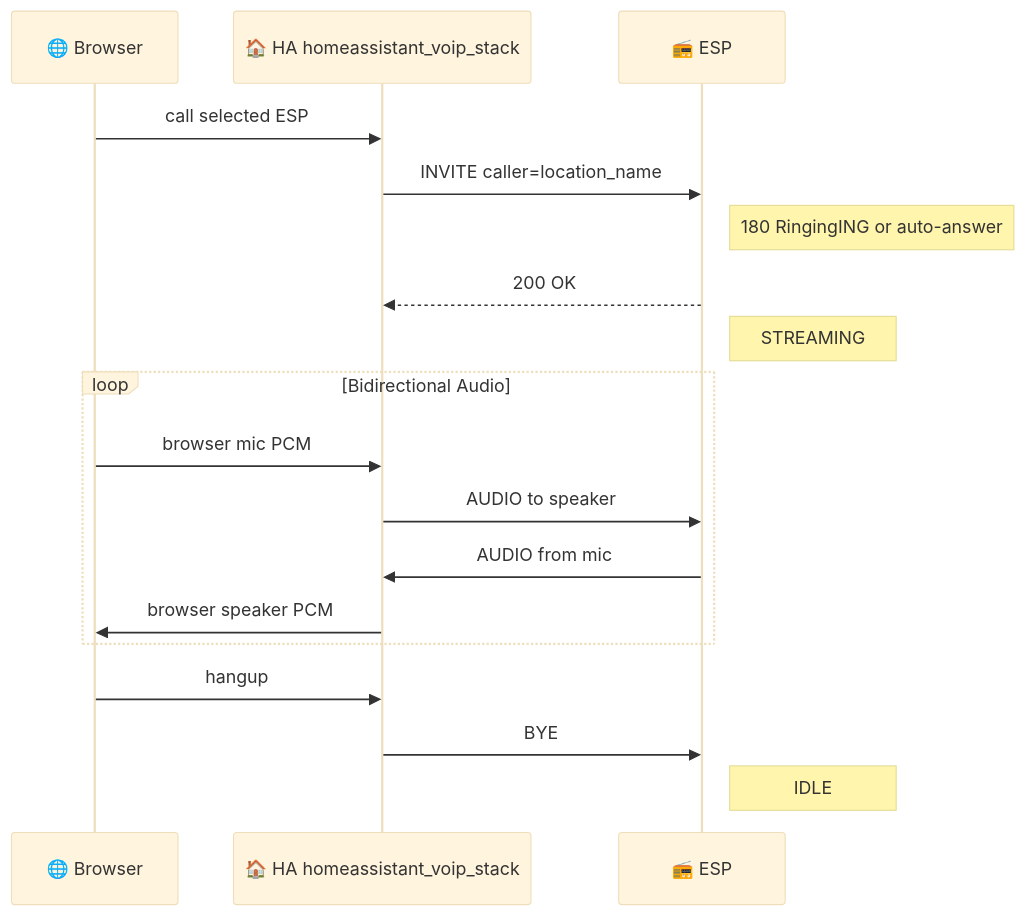
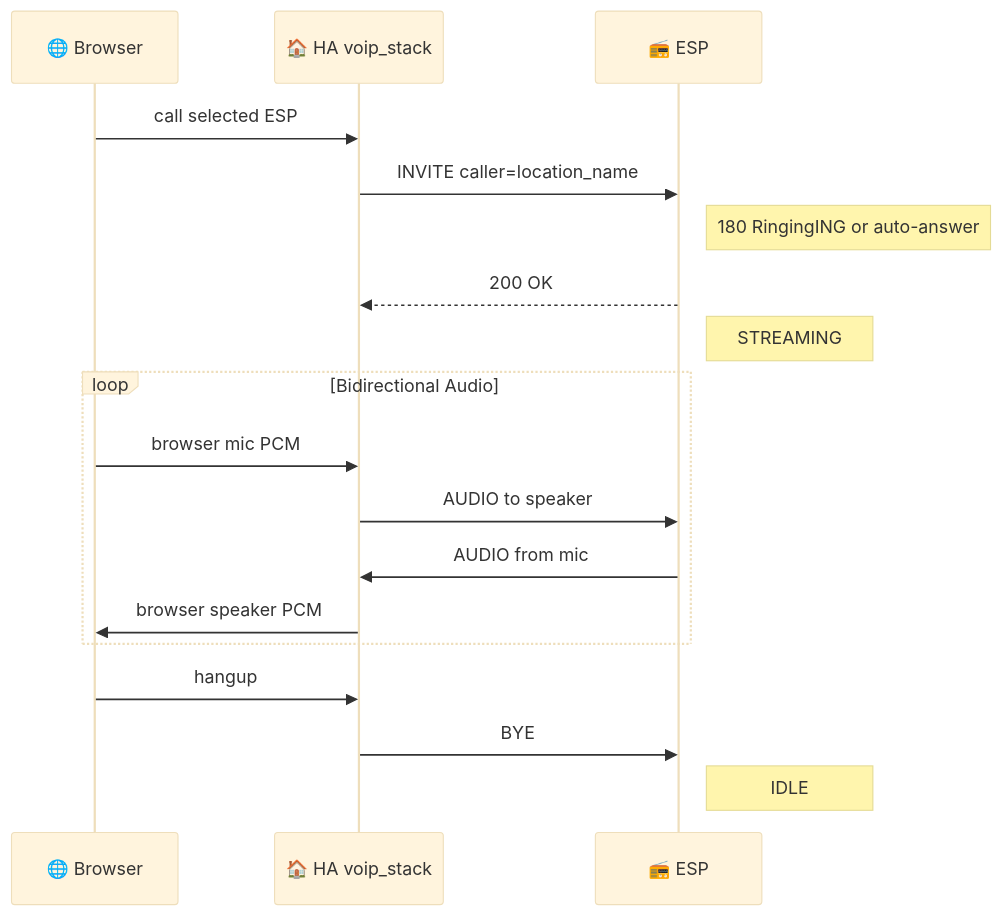
One commit to csfrussa/esphome-intercom changed the fourth of 6 diagrams in README.md. Above: the diagram before and after it, drawn with Mermaid (base theme). The commit also changed other lines of this file and 189 other files, not shown here.

````diff
--- a/README.md
+++ b/README.md
@@ -1232,23 +1233,23 @@
 ```mermaid
 sequenceDiagram
     participant B as 🌐 Browser
-    participant HA as 🏠 HA homeassistant_voip_stack
+    participant HA as 🏠 HA voip_stack
     participant E as 📻 ESP
 
     B->>HA: call selected ESP
     HA->>E: INVITE caller=location_name
     Note right of E: 180 RingingING or auto-answer
     E-->>HA: 200 OK
     Note right of E: STREAMING
 
     loop Bidirectional Audio
         B->>HA: browser mic PCM
         HA->>E: AUDIO to speaker
         E->>HA: AUDIO from mic
         HA->>B: browser speaker PCM
     end
 
     B->>HA: hangup
     HA->>E: BYE
     Note right of E: IDLE
 ```
````
